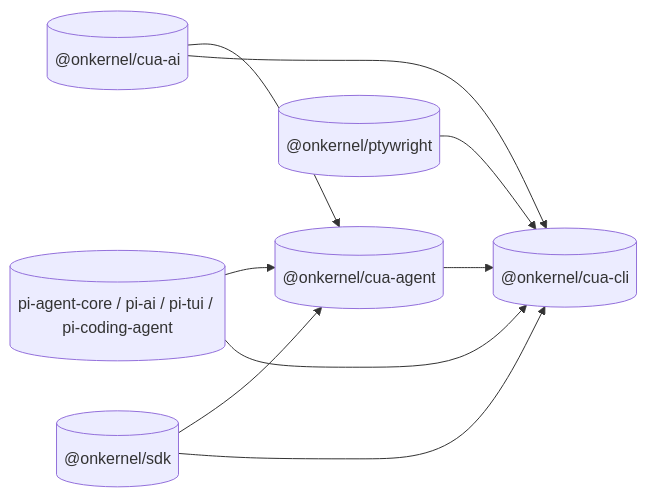
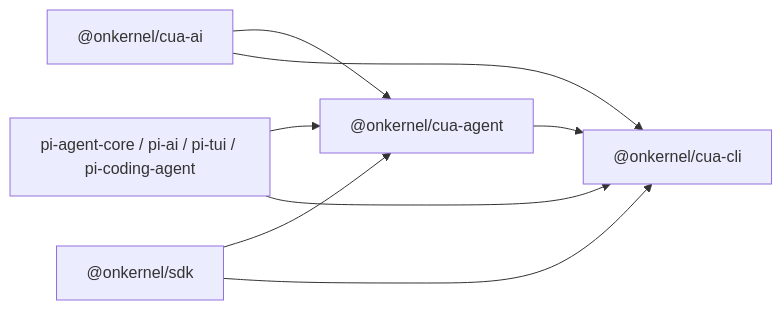
The diagram in docs/architecture.md (kernel/browser-loop), drawn with Mermaid before and after one commit. The commit also changed other lines of this file and 106 other files, not shown here.

````diff
--- a/docs/architecture.md
+++ b/docs/architecture.md
@@ -171,17 +30,15 @@
 ```mermaid
 flowchart LR
-  ai[("@onkernel/cua-ai")]
-  agent[("@onkernel/cua-agent")]
-  cli[("@onkernel/cua-cli")]
-  pty[("@onkernel/ptywright")]
-  pi[("pi-agent-core / pi-ai / pi-tui / pi-coding-agent")]
-  sdk[("@onkernel/sdk")]
+  ai["@onkernel/cua-ai"]
+  agent["@onkernel/cua-agent"]
+  cli["@onkernel/cua-cli"]
+  pi["pi-agent-core / pi-ai / pi-tui / pi-coding-agent"]
+  sdk["@onkernel/sdk"]
   ai --> agent
   agent --> cli
   ai --> cli
   pi --> agent
   pi --> cli
   sdk --> agent
   sdk --> cli
-  pty --> cli
 ```
````
